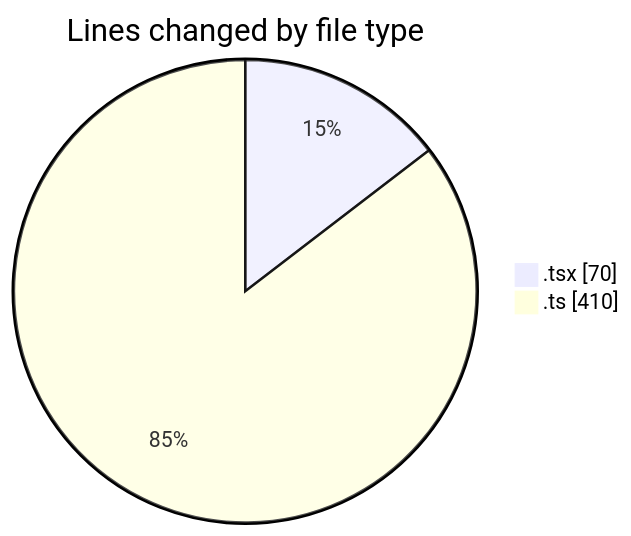
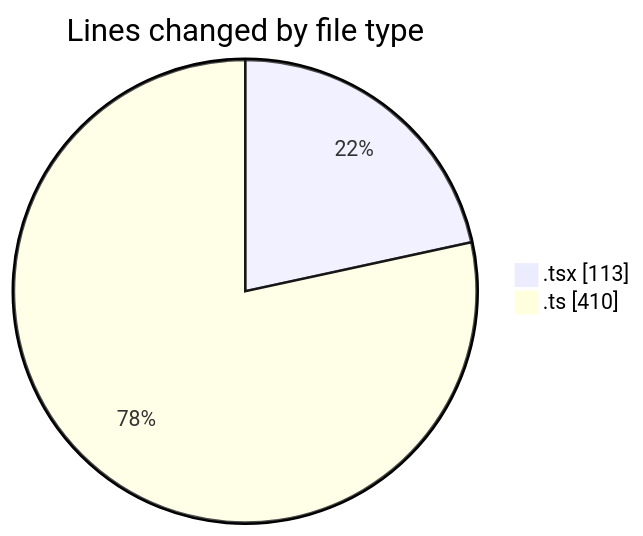
One commit to momahboobian/code-tracking changed the first of 2 diagrams in 2026-03-26/cda/README.md. Above: the diagram before and after it, drawn with Mermaid. The commit also changed other lines of this file and 1 other file, not shown here.

````diff
--- a/2026-03-26/cda/README.md
+++ b/2026-03-26/cda/README.md
@@ -22,6 +22,6 @@
 ```mermaid
 pie showData
 title Lines changed by file type
-".tsx" : 70
+".tsx" : 113
 ".ts" : 410
 ```
````
